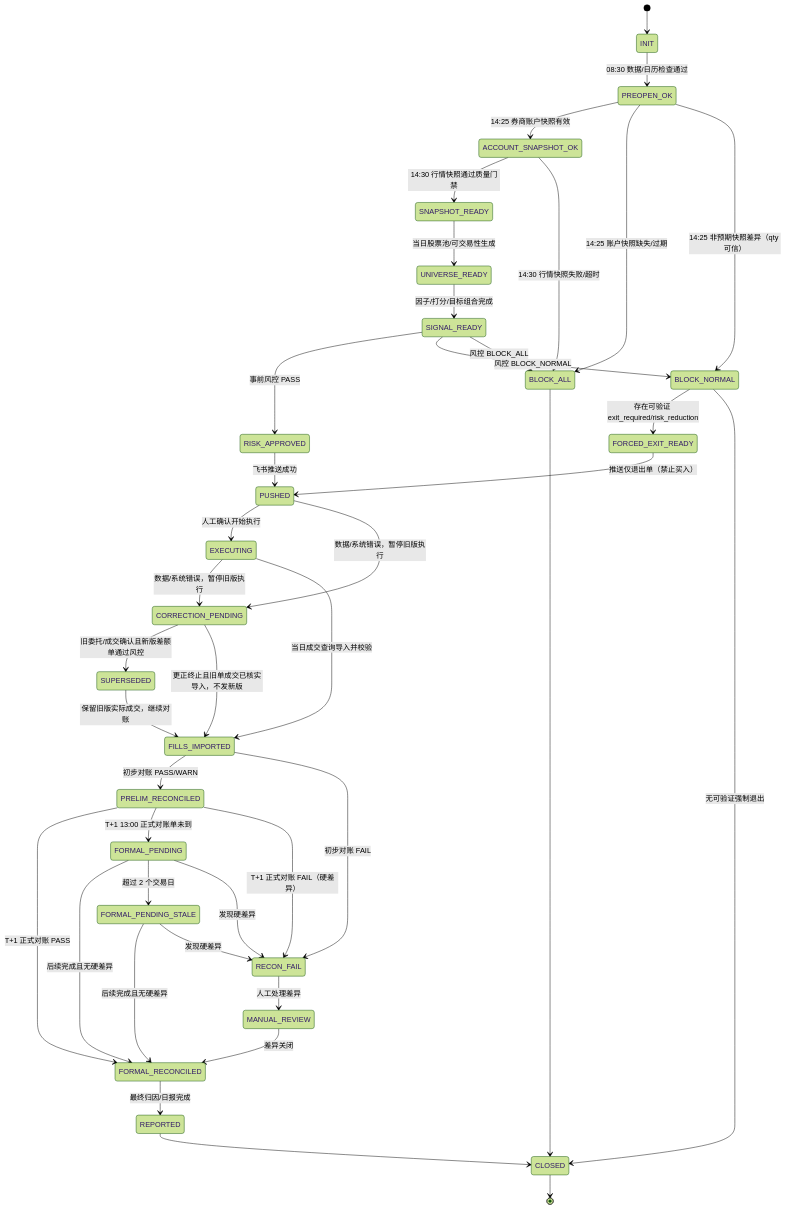
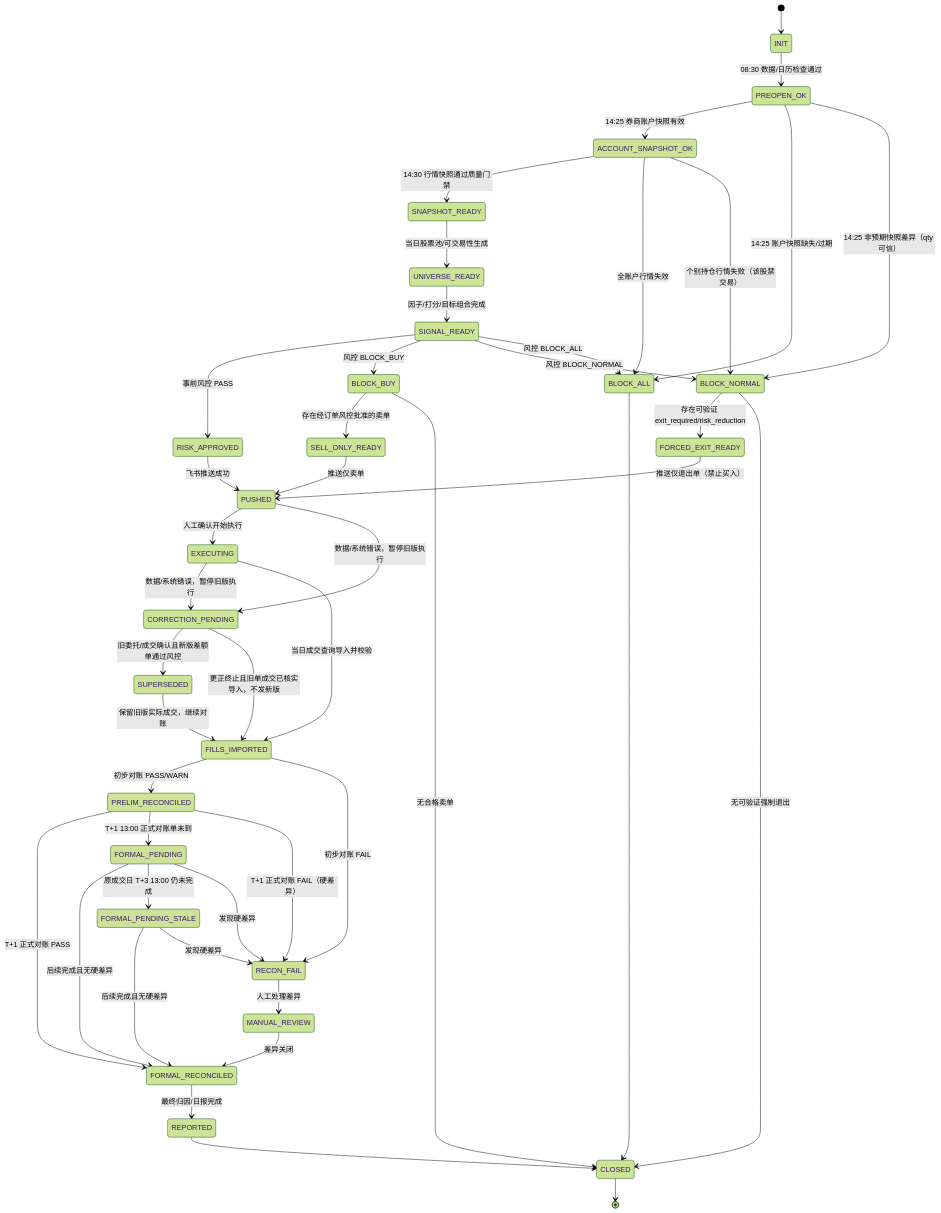
Before and after one commit to shanghaitechXHF/quantx: the third of 3 diagrams in docs/design.md, drawn with Mermaid (forest theme). The commit also changed other lines of this file and 1 other file, not shown here.

````diff
--- a/docs/design.md
+++ b/docs/design.md
@@ -663,42 +549,47 @@
 ```mermaid
 stateDiagram-v2
     [*] --> INIT
     INIT --> PREOPEN_OK: 08:30 数据/日历检查通过
     PREOPEN_OK --> ACCOUNT_SNAPSHOT_OK: 14:25 券商账户快照有效
     PREOPEN_OK --> BLOCK_ALL: 14:25 账户快照缺失/过期
     PREOPEN_OK --> BLOCK_NORMAL: 14:25 非预期快照差异（qty 可信）
     ACCOUNT_SNAPSHOT_OK --> SNAPSHOT_READY: 14:30 行情快照通过质量门禁
-    ACCOUNT_SNAPSHOT_OK --> BLOCK_ALL: 14:30 行情快照失败/超时
+    ACCOUNT_SNAPSHOT_OK --> BLOCK_ALL: 全账户行情失效
+    ACCOUNT_SNAPSHOT_OK --> BLOCK_NORMAL: 个别持仓行情失败（该股禁交易）
     SNAPSHOT_READY --> UNIVERSE_READY: 当日股票池/可交易性生成
     UNIVERSE_READY --> SIGNAL_READY: 因子/打分/目标组合完成
     SIGNAL_READY --> RISK_APPROVED: 事前风控 PASS
+    SIGNAL_READY --> BLOCK_BUY: 风控 BLOCK_BUY
+    BLOCK_BUY --> SELL_ONLY_READY: 存在经订单风控批准的卖单
+    SELL_ONLY_READY --> PUSHED: 推送仅卖单
+    BLOCK_BUY --> CLOSED: 无合格卖单
     SIGNAL_READY --> BLOCK_NORMAL: 风控 BLOCK_NORMAL
     SIGNAL_READY --> BLOCK_ALL: 风控 BLOCK_ALL
     BLOCK_NORMAL --> FORCED_EXIT_READY: 存在可验证 exit_required/risk_reduction
     FORCED_EXIT_READY --> PUSHED: 推送仅退出单（禁止买入）
     RISK_APPROVED --> PUSHED: 飞书推送成功
     PUSHED --> EXECUTING: 人工确认开始执行
     PUSHED --> CORRECTION_PENDING: 数据/系统错误，暂停旧版执行
     EXECUTING --> CORRECTION_PENDING: 数据/系统错误，暂停旧版执行
     CORRECTION_PENDING --> SUPERSEDED: 旧委托/成交确认且新版差额单通过风控
     CORRECTION_PENDING --> FILLS_IMPORTED: 更正终止且旧单成交已核实导入，不发新版
     SUPERSEDED --> FILLS_IMPORTED: 保留旧版实际成交，继续对账
     EXECUTING --> FILLS_IMPORTED: 当日成交查询导入并校验
     FILLS_IMPORTED --> PRELIM_RECONCILED: 初步对账 PASS/WARN
     FILLS_IMPORTED --> RECON_FAIL: 初步对账 FAIL
     PRELIM_RECONCILED --> FORMAL_RECONCILED: T+1 正式对账 PASS
     PRELIM_RECONCILED --> FORMAL_PENDING: T+1 13:00 正式对账单未到
     FORMAL_PENDING --> FORMAL_RECONCILED: 后续完成且无硬差异
-    FORMAL_PENDING --> FORMAL_PENDING_STALE: 超过 2 个交易日
+    FORMAL_PENDING --> FORMAL_PENDING_STALE: 原成交日 T+3 13:00 仍未完成
     FORMAL_PENDING_STALE --> FORMAL_RECONCILED: 后续完成且无硬差异
     FORMAL_PENDING_STALE --> RECON_FAIL: 发现硬差异
     FORMAL_PENDING --> RECON_FAIL: 发现硬差异
     PRELIM_RECONCILED --> RECON_FAIL: T+1 正式对账 FAIL（硬差异）
     FORMAL_RECONCILED --> REPORTED: 最终归因/日报完成
     RECON_FAIL --> MANUAL_REVIEW: 人工处理差异
     MANUAL_REVIEW --> FORMAL_RECONCILED: 差异关闭
     REPORTED --> CLOSED
     BLOCK_NORMAL --> CLOSED: 无可验证强制退出
     BLOCK_ALL --> CLOSED
     CLOSED --> [*]
 ```
````
